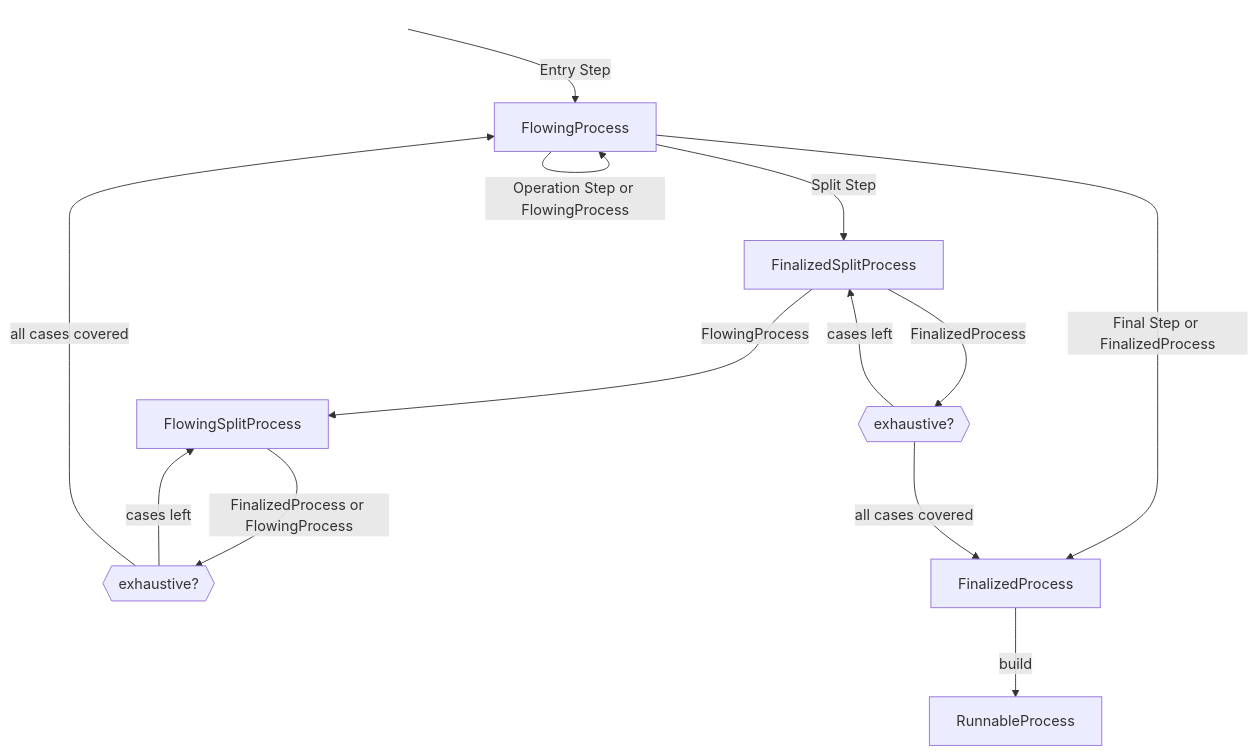
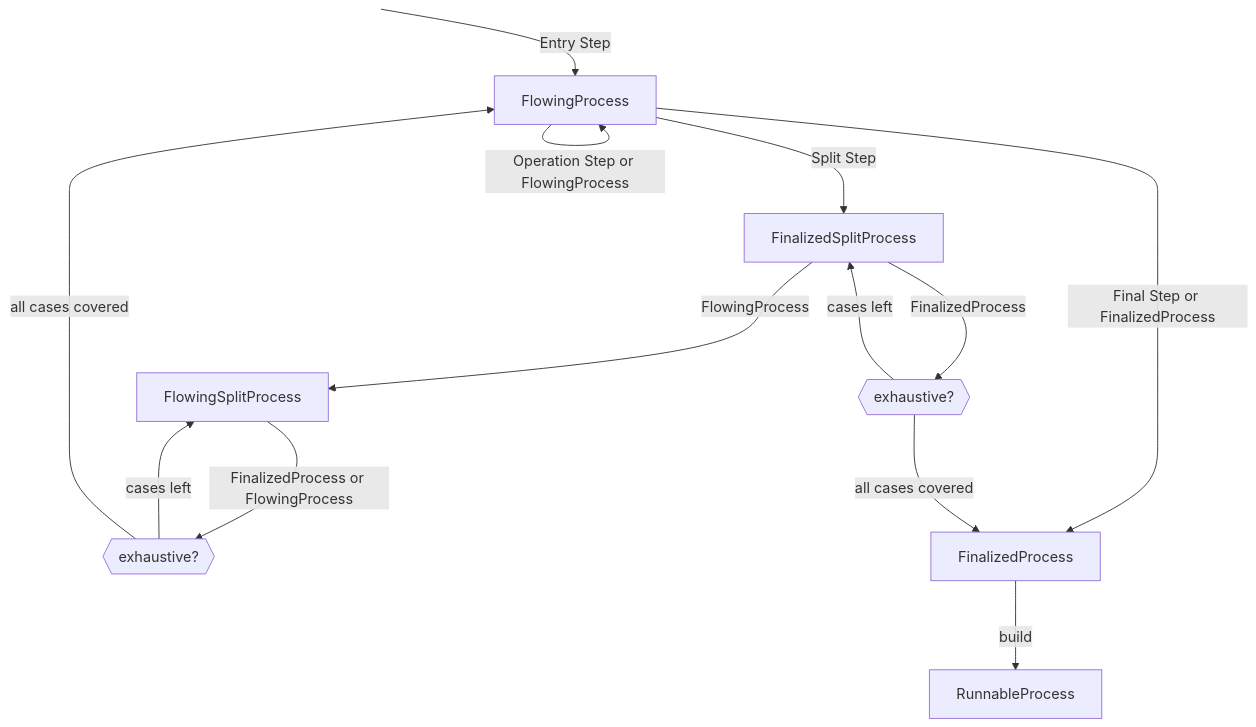
Before and after one commit to Only1Loatheb/brrricks: the diagram in type_process_builder/doc/process_builder_states.mmd, drawn with Mermaid. The commit also changed 4 other files, not shown here.

```diff
--- a/type_process_builder/doc/process_builder_states.mmd
+++ b/type_process_builder/doc/process_builder_states.mmd
@@ -1,40 +1,38 @@
 %%{
   init: {
     'flowchart': {
       'defaultRenderer': 'tidy-tree'
     }
   }
 }%%
 flowchart TD
     classDef hidden display: none;
-    style Start fill-opacity: 0, stroke-opacity: 0;
-    Start[" "]
-FinalizedSplitProcessSubgraph:::hidden
-subgraph FinalizedSplitProcessSubgraph[" "]
-FinalizedSplitProcess[FinalizedSplitProcess]
-finalized_split_cases_final{{exhaustive?}}
-end
-FlowingSplitProcessSubgraph:::hidden
-subgraph FlowingSplitProcessSubgraph[" "]
-FlowingSplitProcess[FlowingSplitProcess]
-flowing_split_cases{{exhaustive?}}
-end
-FinalizedProcess -- " build " --> RunnableProcess
-Start -- " Entry Step " --> FlowingProcess
-FlowingProcess -- " Operation Step or FlowingProcess " --> FlowingProcess
-FlowingProcess -- " Final Step or FinalizedProcess" --> FinalizedProcess
-
-FlowingProcess -- " Split Step" --> FinalizedSplitProcess
-FinalizedSplitProcess -- " FinalizedProcess " --> finalized_split_cases_final
-finalized_split_cases_final -- " cases left " --> FinalizedSplitProcess
-finalized_split_cases_final -- " all cases covered " --> FinalizedProcess
-FinalizedSplitProcess -- " FlowingProcess " --> FlowingSplitProcess
-FlowingSplitProcess -- " FinalizedProcess or FlowingProcess " --> flowing_split_cases
-flowing_split_cases -- " cases left " --> FlowingSplitProcess
-flowing_split_cases -- " all cases covered " --> FlowingProcess
-Start ~~~ FlowingSplitProcess
-click FlowingSplitProcess "https://github.com/Only1Loatheb/brrricks/blob/master/type_process_builder/src/builder/flowing_split_process.rs"
-click FlowingProcess "https://github.com/Only1Loatheb/brrricks/blob/master/type_process_builder/src/builder/flowing_process.rs"
-click FinalizedSplitProcess "https://github.com/Only1Loatheb/brrricks/blob/master/type_process_builder/src/builder/finalized_split_process.rs"
-click FinalizedProcess "https://github.com/Only1Loatheb/brrricks/blob/master/type_process_builder/src/builder/finalized_process.rs"
-click RunnableProcess "https://github.com/Only1Loatheb/brrricks/blob/master/type_process_builder/src/builder/runnable_process.rs"
+    Start:::hidden
+    FinalizedSplitProcessSubgraph:::hidden
+    subgraph FinalizedSplitProcessSubgraph
+        FinalizedSplitProcess[FinalizedSplitProcess]
+        finalized_split_cases_final{{exhaustive?}}
+    end
+    FlowingSplitProcessSubgraph:::hidden
+    subgraph FlowingSplitProcessSubgraph
+        FlowingSplitProcess[FlowingSplitProcess]
+        flowing_split_cases{{exhaustive?}}
+    end
+    FinalizedProcess -- " build " --> RunnableProcess
+    Start -- " Entry Step " --> FlowingProcess
+    FlowingProcess -- " Operation Step or FlowingProcess " --> FlowingProcess
+    FlowingProcess -- " Final Step or FinalizedProcess " --> FinalizedProcess
+    FlowingProcess -- " Split Step " --> FinalizedSplitProcess
+    FinalizedSplitProcess -- " FinalizedProcess " --> finalized_split_cases_final
+    finalized_split_cases_final -- " cases left " --> FinalizedSplitProcess
+    finalized_split_cases_final -- " all cases covered " --> FinalizedProcess
+    FinalizedSplitProcess -- " FlowingProcess " --> FlowingSplitProcess
+    FlowingSplitProcess -- " FinalizedProcess or FlowingProcess " --> flowing_split_cases
+    flowing_split_cases -- " cases left " --> FlowingSplitProcess
+    flowing_split_cases -- " all cases covered " --> FlowingProcess
+    Start ~~~ FlowingSplitProcess
+    click FlowingSplitProcess "https://github.com/Only1Loatheb/brrricks/blob/master/type_process_builder/src/builder/flowing_split_process.rs"
+    click FlowingProcess "https://github.com/Only1Loatheb/brrricks/blob/master/type_process_builder/src/builder/flowing_process.rs"
+    click FinalizedSplitProcess "https://github.com/Only1Loatheb/brrricks/blob/master/type_process_builder/src/builder/finalized_split_process.rs"
+    click FinalizedProcess "https://github.com/Only1Loatheb/brrricks/blob/master/type_process_builder/src/builder/finalized_process.rs"
+    click RunnableProcess "https://github.com/Only1Loatheb/brrricks/blob/master/type_process_builder/src/builder/runnable_process.rs"
```
